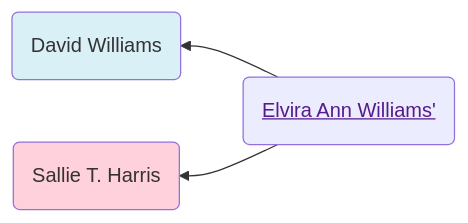
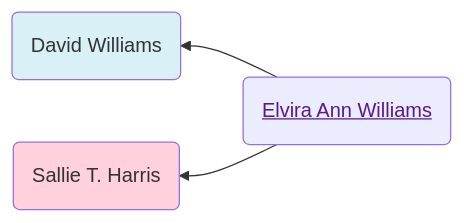
Before and after one commit to neelsmith/avocational: the first of 2 diagrams in familyhistory/sources/people/Gattis-line/Green-line/Williams-line/Elvira_Ann_Williams.qmd, drawn with Mermaid. The commit also changed other lines of this file and 96 other files, not shown here.

````diff
--- a/familyhistory/sources/people/Gattis-line/Green-line/Williams-line/Elvira_Ann_Williams.qmd
+++ b/familyhistory/sources/people/Gattis-line/Green-line/Williams-line/Elvira_Ann_Williams.qmd
@@ -26,12 +26,12 @@
 ```{mermaid}
 graph RL
 %% RL ancestor diagram
-Elvira_Ann_Williams(<a href=''>Elvira Ann Williams'</>) -->  David_Williams(David Williams)
+Elvira_Ann_Williams(<a href=''>Elvira Ann Williams</a>) -->  David_Williams(David Williams)
 class David_Williams father
-Elvira_Ann_Williams(<a href=''>Elvira Ann Williams'</>)  --> Sallie_T.__Harris(Sallie T.  Harris)
+Elvira_Ann_Williams(<a href=''>Elvira Ann Williams</a>)  --> Sallie_T.__Harris(Sallie T.  Harris)
 class Sallie_T.__Harris mother
 classDef mother fill:#ffd1dc
 classDef father fill:#daf0f7  
 classDef marriage fill:#ffffff
 
 ```
````
